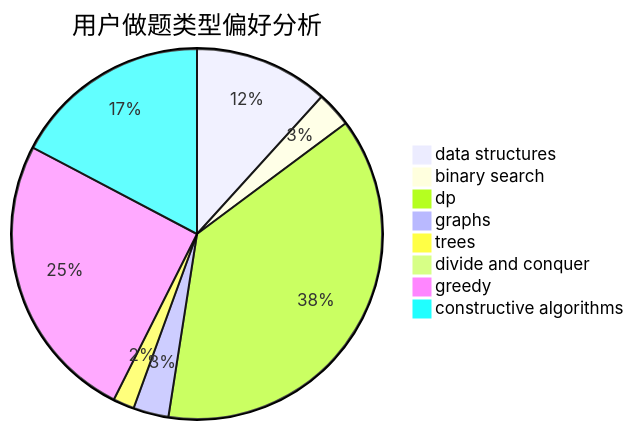
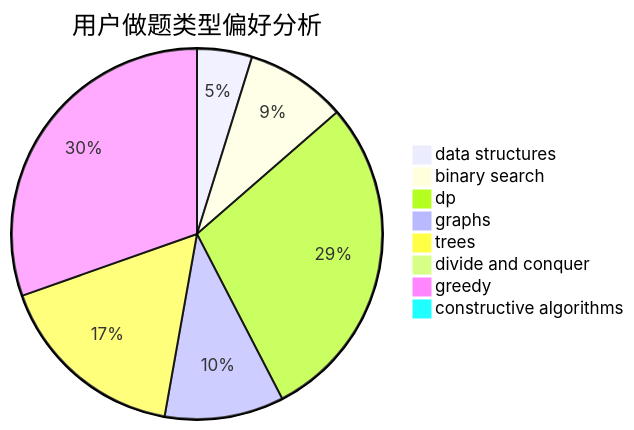
One commit to sherpahu/cfrs.github.io changed the second of 3 diagrams in docs/user/u2624.md. Above: the diagram before and after it, drawn with Mermaid. The commit also changed other lines of this file and 2770 other files, not shown here.

````diff
--- a/docs/user/u2624.md
+++ b/docs/user/u2624.md
@@ -23,11 +23,11 @@
 ```mermaid
 pie title 用户做题类型偏好分析
-    "data structures" :  19
-    "binary search" :  5
-    "dp" :  61
-    "graphs" :  5
-    "trees" :  3
+    "data structures" :  6
+    "binary search" :  11
+    "dp" :  36
+    "graphs" :  13
+    "trees" :  21
     "divide and conquer" :  0
-    "greedy" :  41
-    "constructive algorithms" :  28
+    "greedy" :  38
+    "constructive algorithms" :  1
 ```
````
